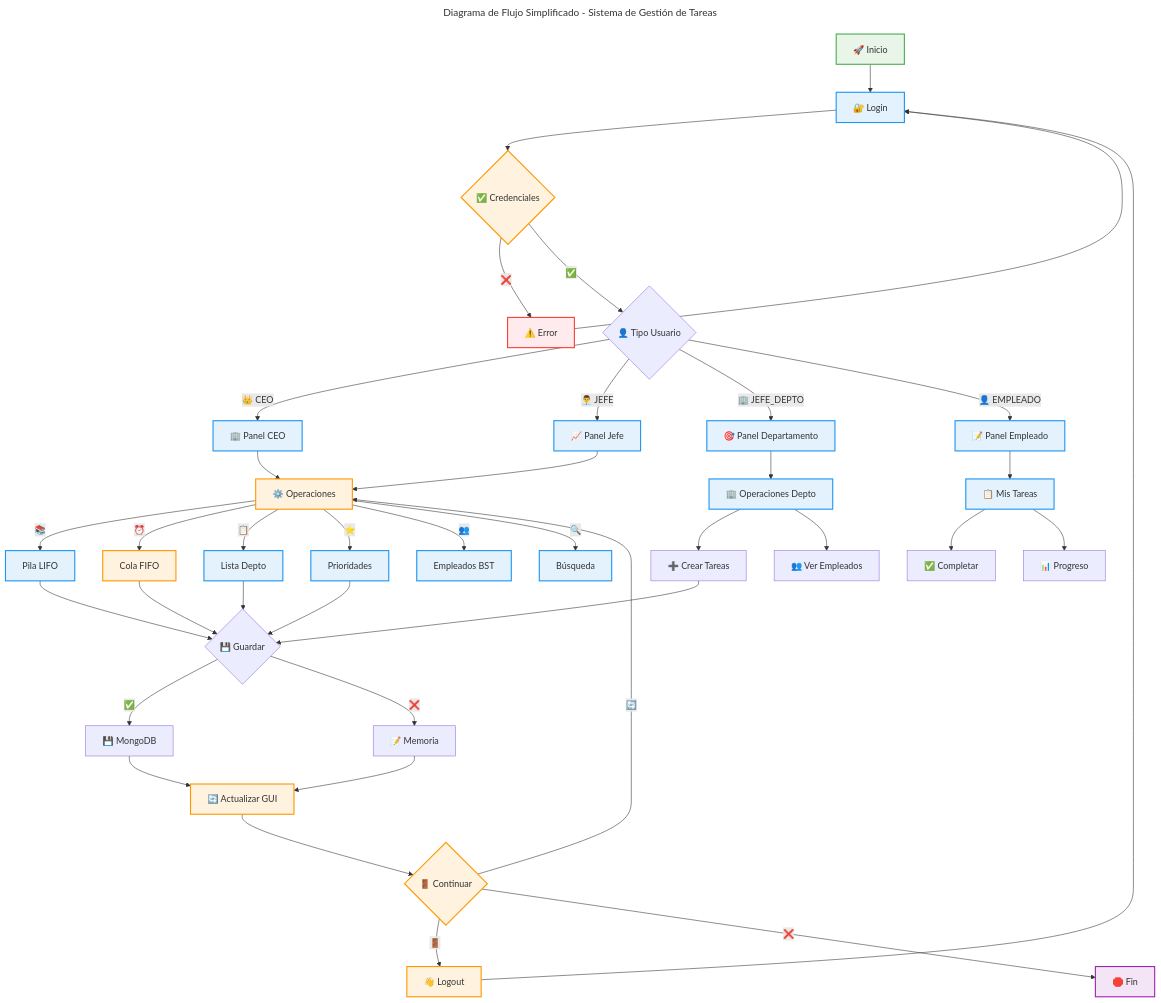
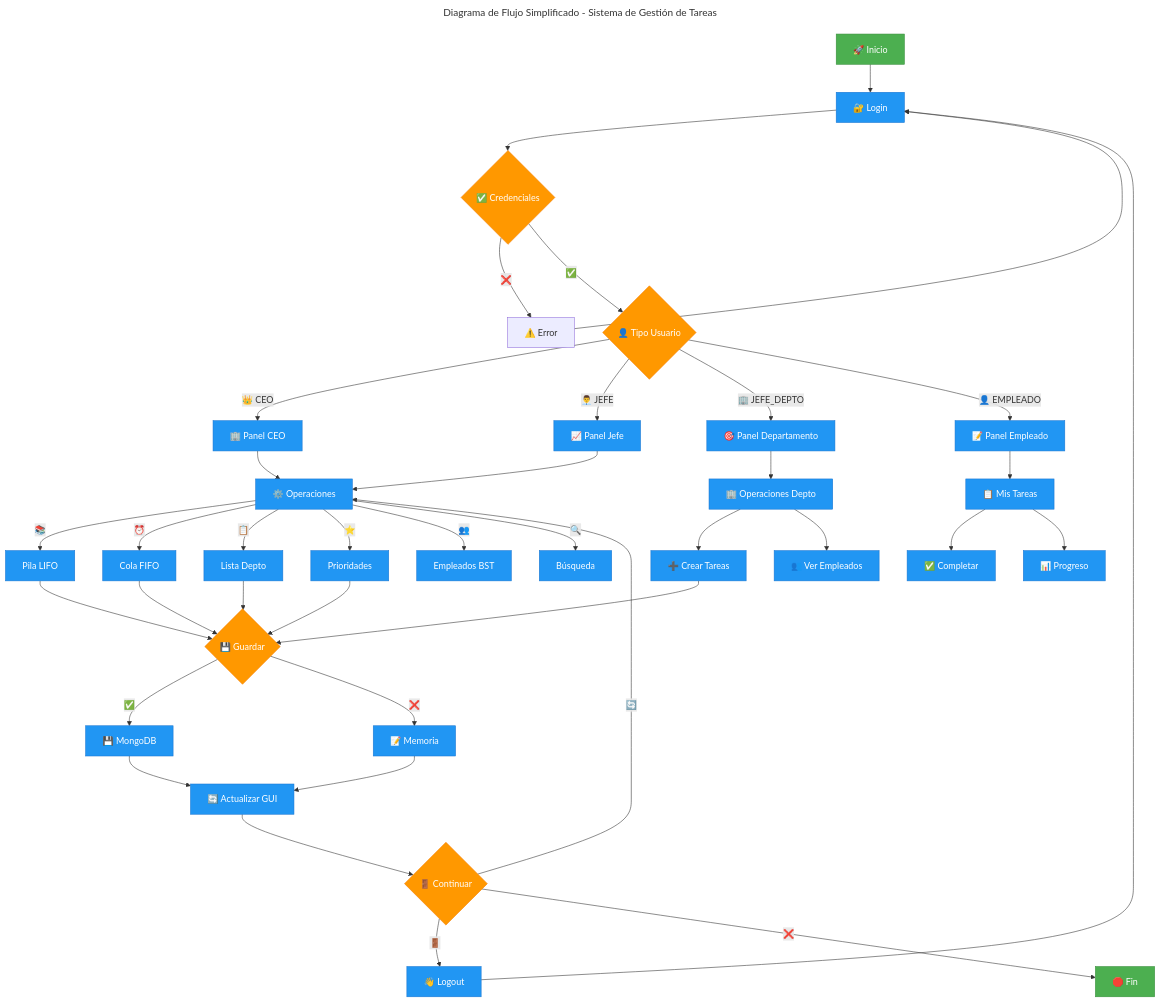
Before and after one commit to yisus1221/Proyecto-techsolucions: the diagram in diagramas del proyecto/diagramadeflujo.mmd, drawn with Mermaid.

Commit message:
Refactor flowchart styles and class definitions

```diff
--- a/diagramas del proyecto/diagramadeflujo.mmd
+++ b/diagramas del proyecto/diagramadeflujo.mmd
@@ -1,63 +1,59 @@
 ---
 title: Diagrama de Flujo Simplificado - Sistema de Gestión de Tareas
 ---
 flowchart TD
     A[🚀 Inicio] --> B[🔐 Login]
     B --> C{✅ Credenciales}
     C -->|❌| D[⚠️ Error]
     D --> B
     C -->|✅| E{👤 Tipo Usuario}
     
     E -->|👑 CEO| F[🏢 Panel CEO]
     E -->|👨‍💼 JEFE| G[📈 Panel Jefe]
     E -->|🏢 JEFE_DEPTO| H[🎯 Panel Departamento]
     E -->|👤 EMPLEADO| I[📝 Panel Empleado]
     
     F --> J[⚙️ Operaciones]
     G --> J
     H --> K[🏢 Operaciones Depto]
     I --> L[📋 Mis Tareas]
     
     J -->|📚| M[Pila LIFO]
     J -->|⏰| N[Cola FIFO]
     J -->|📋| O[Lista Depto]
     J -->|⭐| P[Prioridades]
     J -->|👥| Q[Empleados BST]
     J -->|🔍| R[Búsqueda]
     
     K --> S[➕ Crear Tareas]
     K --> T[👥 Ver Empleados]
     
     L --> U[✅ Completar]
     L --> V[📊 Progreso]
     
     M --> W{💾 Guardar}
     N --> W
     O --> W
     P --> W
     S --> W
     
     W -->|✅| X[💾 MongoDB]
     W -->|❌| Y[📝 Memoria]
     
     X --> Z[🔄 Actualizar GUI]
     Y --> Z
     
     Z --> AA{🚪 Continuar}
     AA -->|🔄| J
     AA -->|🚪| BB[👋 Logout]
     BB --> B
     AA -->|❌| CC[🛑 Fin]
 
     %% Estilos
-    classDef startEnd fill:#e8f5e8,stroke:#4caf50,stroke-width:2px
-    classDef process fill:#e3f2fd,stroke:#2196f3,stroke-width:2px
-    classDef decision fill:#fff3e0,stroke:#ff9800,stroke-width:2px
-    classDef dataStructure fill:#f3e5f5,stroke:#9c27b0,stroke-width:2px
-    classDef error fill:#ffebee,stroke:#f44336,stroke-width:2px
+    classDef start fill:#4caf50,stroke:#388e3c,color:#fff
+    classDef process fill:#2196f3,stroke:#1976d2,color:#fff
+    classDef decision fill:#ff9800,stroke:#f57c00,color:#fff
     
-    class A,UU startEnd
-    class B,F,G,H,I,K,L,M,O,P,Q,R process
-    class C,J,N,Z,AA,BB,NN,SS,TT decision
-    class CC,DD,EE,FF,GG,HH,II dataStructure
-    class D error
+    class A,CC start
+    class B,F,G,H,I,J,K,L,M,N,O,P,Q,R,S,T,U,V,X,Y,Z,BB process
+    class C,E,W,AA decision
```
